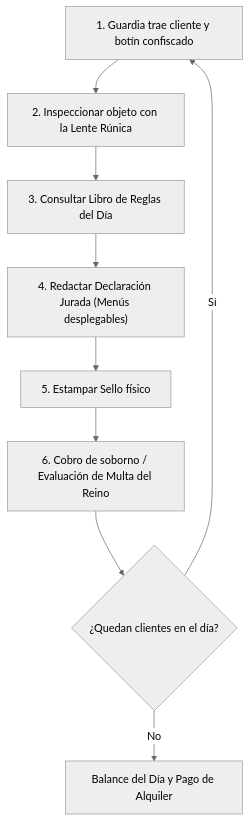
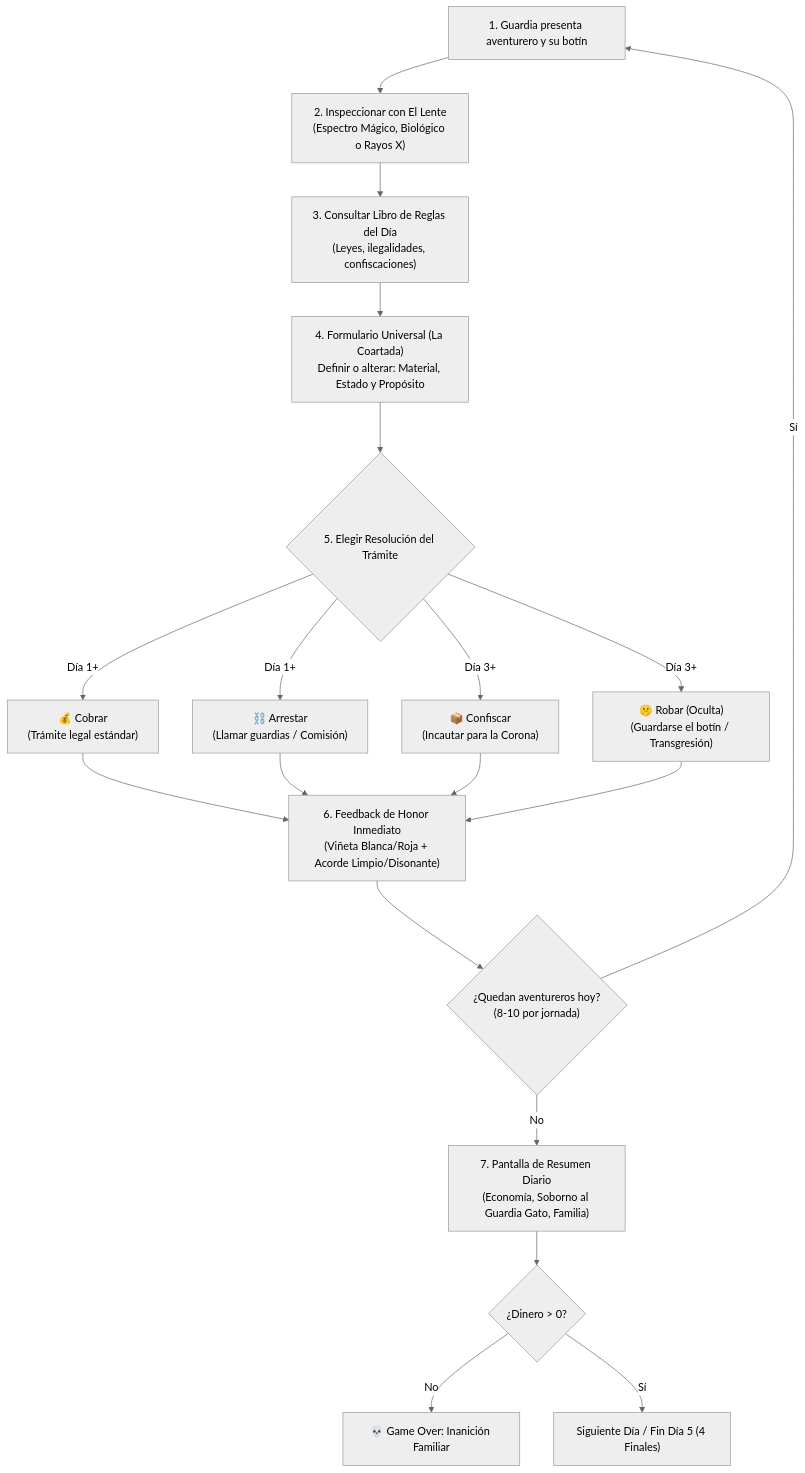
The first of 2 diagrams in 02_Game_Design_Document_GDD/Mecánicas Core.md (StephenQuispeLipa/game-jam-umsa-2026-marraquetastudios-obsidian), drawn with Mermaid (neutral theme) before and after one commit. The commit also changed other lines of this file and 12 other files, not shown here.

````diff
--- a/02_Game_Design_Document_GDD/Mecánicas Core.md
+++ b/02_Game_Design_Document_GDD/Mecánicas Core.md
@@ -18,11 +21,18 @@
 ```mermaid
 flowchart TD
-    A["1. Guardia trae cliente y botín confiscado"] --> B["2. Inspeccionar objeto con la Lente Rúnica"]
-    B --> C["3. Consultar Libro de Reglas del Día"]
-    C --> D["4. Redactar Declaración Jurada (Menús desplegables)"]
-    D --> E["5. Estampar Sello físico"]
-    E --> F["6. Cobro de soborno / Evaluación de Multa del Reino"]
-    F --> G{"¿Quedan clientes en el día?"}
+    A["1. Guardia presenta aventurero y su botín"] --> B["2. Inspeccionar con El Lente<br>(Espectro Mágico, Biológico o Rayos X)"]
+    B --> C["3. Consultar Libro de Reglas del Día<br>(Leyes, ilegalidades, confiscaciones)"]
+    C --> D["4. Formulario Universal (La Coartada)<br>Definir o alterar: Material, Estado y Propósito"]
+    D --> E{"5. Elegir Resolución del Trámite"}
+    E -->|Día 1+| E1["💰 Cobrar<br>(Trámite legal estándar)"]
+    E -->|Día 1+| E2["⛓️ Arrestar<br>(Llamar guardias / Comisión)"]
+    E -->|Día 3+| E3["📦 Confiscar<br>(Incautar para la Corona)"]
+    E -->|Día 3+| E4["🤫 Robar (Oculta)<br>(Guardarse el botín / Transgresión)"]
+    E1 & E2 & E3 & E4 --> F["6. Feedback de Honor Inmediato<br>(Viñeta Blanca/Roja + Acorde Limpio/Disonante)"]
+    F --> G{"¿Quedan aventureros hoy?<br>(8-10 por jornada)"}
     G -- Sí --> A
-    G -- No --> H["Balance del Día y Pago de Alquiler"]
+    G -- No --> H["7. Pantalla de Resumen Diario<br>(Economía, Soborno al Guardia Gato, Familia)"]
+    H --> I{"¿Dinero > 0?"}
+    I -- No --> J["💀 Game Over: Inanición Familiar"]
+    I -- Sí --> K["Siguiente Día / Fin Día 5 (4 Finales)"]
 ```
````
